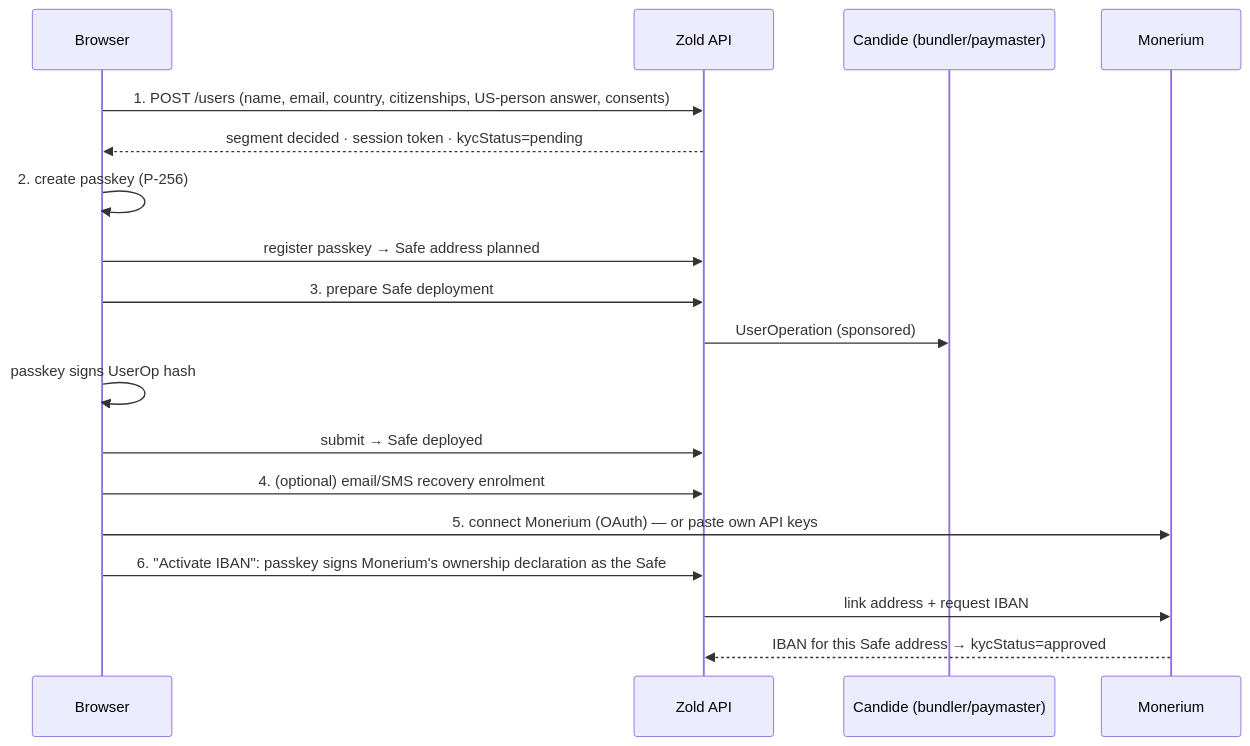
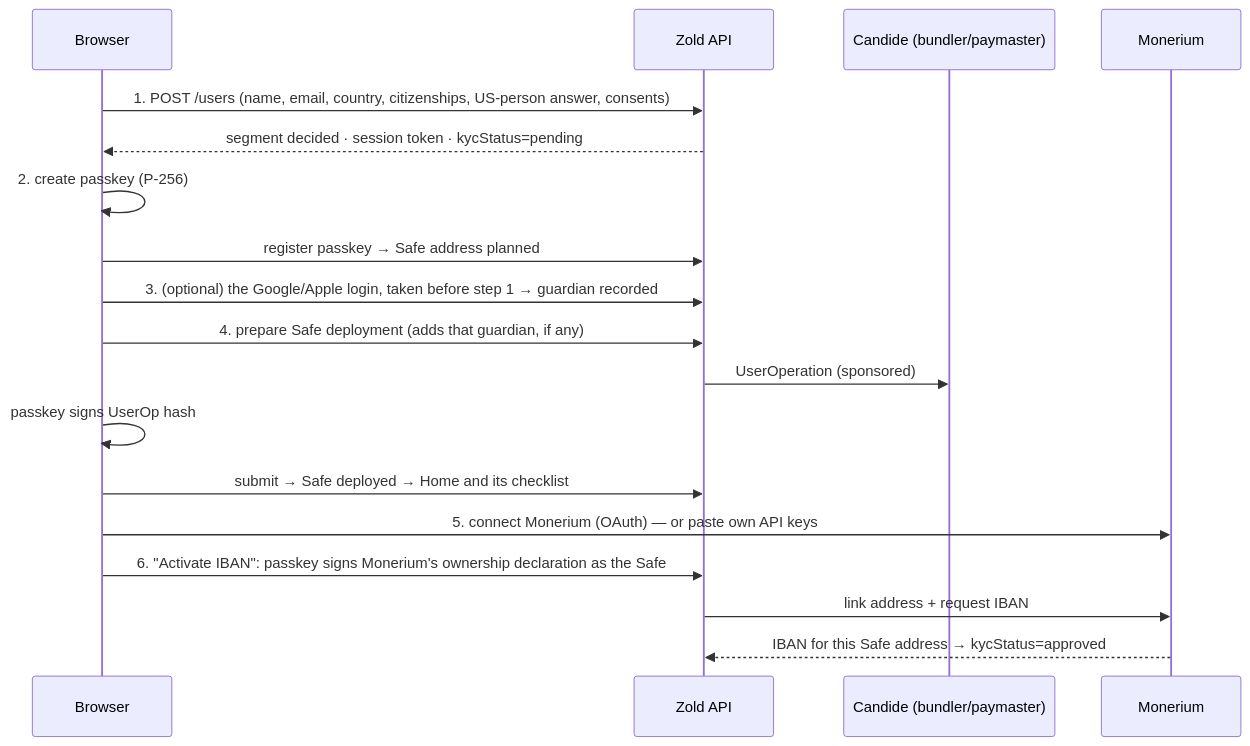
The third of 5 diagrams in docs/architecture/product-architecture.md (Zoldenburg-me/Zold-app), drawn with Mermaid before and after one commit. The commit also changed other lines of this file and 15 other files, not shown here.

First line of the commit message:
feat: signup in three screens, with the Google/Apple guardian before the passkey

````diff
--- a/docs/architecture/product-architecture.md
+++ b/docs/architecture/product-architecture.md
@@ -162,20 +162,20 @@
 ```mermaid
 sequenceDiagram
   participant B as Browser
   participant Z as Zold API
   participant C as Candide (bundler/paymaster)
   participant M as Monerium
   B->>Z: 1. POST /users (name, email, country, citizenships, US-person answer, consents)
   Z-->>B: segment decided · session token · kycStatus=pending
   B->>B: 2. create passkey (P-256)
   B->>Z: register passkey → Safe address planned
-  B->>Z: 3. prepare Safe deployment
+  B->>Z: 3. (optional) the Google/Apple login, taken before step 1 → guardian recorded
+  B->>Z: 4. prepare Safe deployment (adds that guardian, if any)
   Z->>C: UserOperation (sponsored)
   B->>B: passkey signs UserOp hash
-  B->>Z: submit → Safe deployed
-  B->>Z: 4. (optional) email/SMS recovery enrolment
+  B->>Z: submit → Safe deployed → Home and its checklist
   B->>M: 5. connect Monerium (OAuth) — or paste own API keys
   B->>Z: 6. "Activate IBAN": passkey signs Monerium's ownership declaration as the Safe
   Z->>M: link address + request IBAN
   M-->>Z: IBAN for this Safe address → kycStatus=approved
 ```
````
